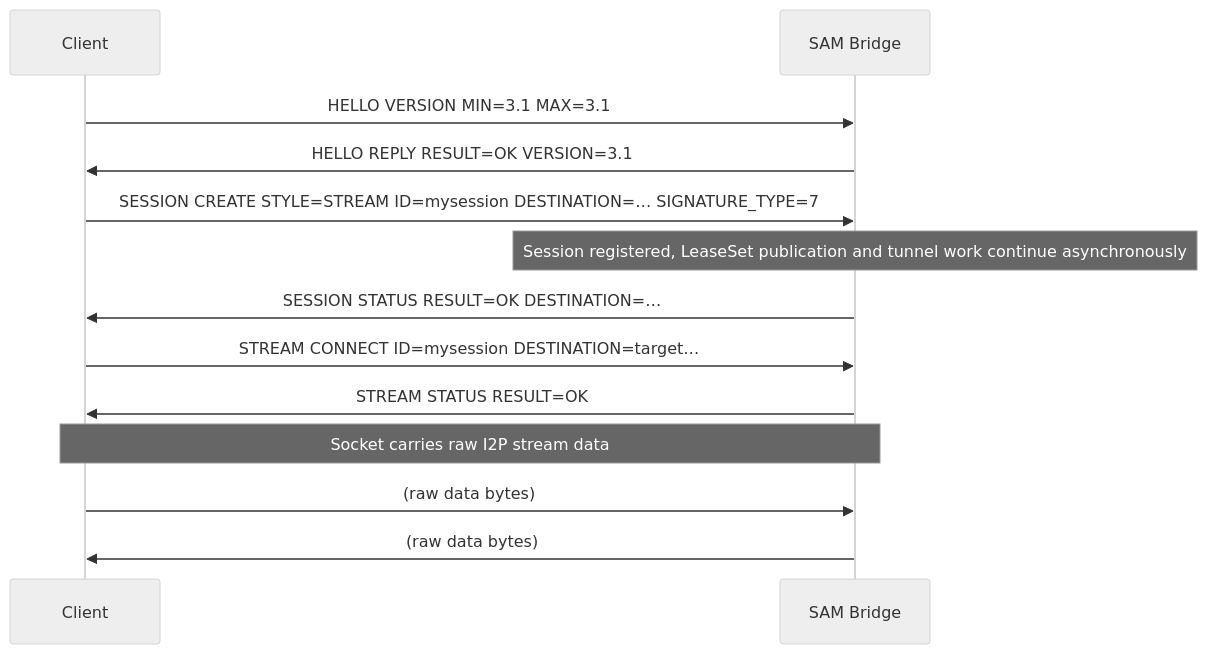
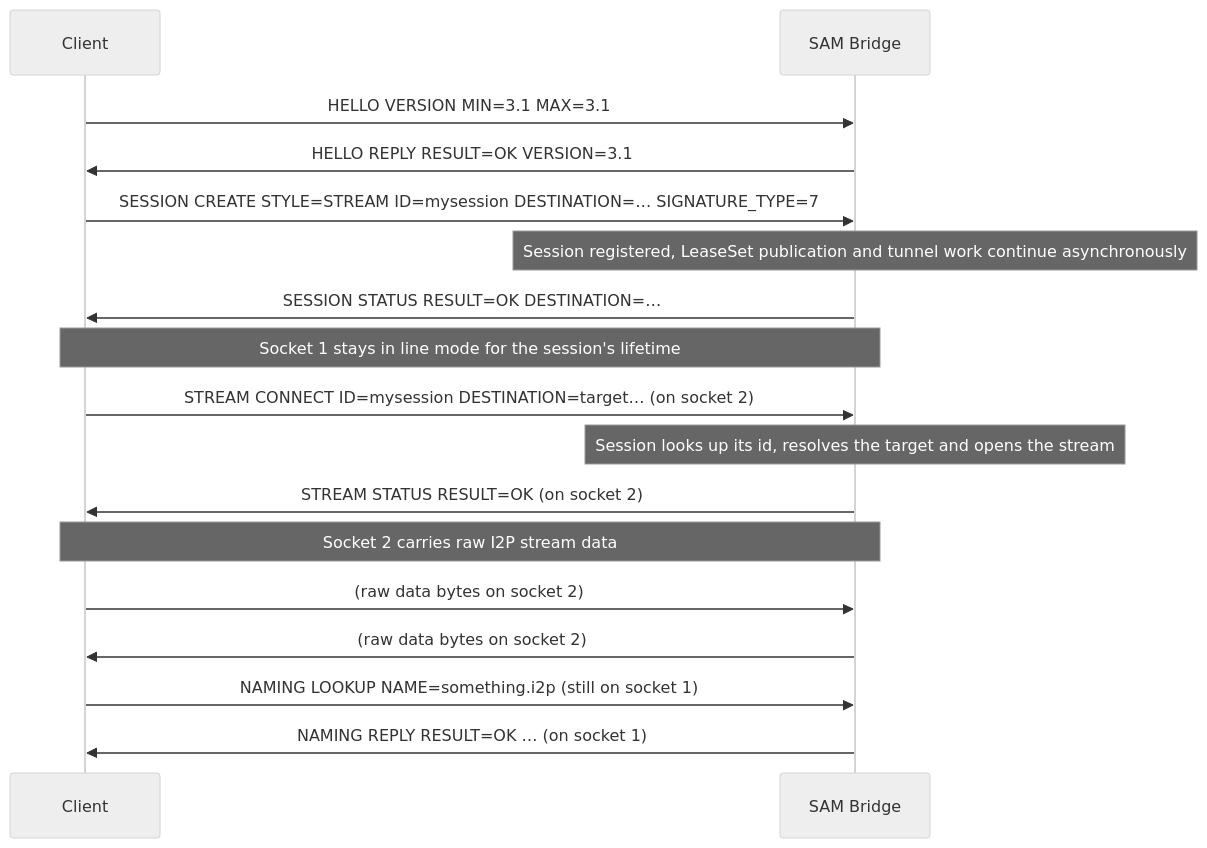
Before and after one commit to freke/i2per: diagram 21 of 42 in docs/protocol.md, drawn with Mermaid (neutral theme). The commit also changed other lines of this file and 4 other files, not shown here.

````diff
--- a/docs/protocol.md
+++ b/docs/protocol.md
@@ -1147,15 +1162,19 @@
 ```mermaid
 sequenceDiagram
     participant C as Client
     participant S as SAM Bridge
     C->>S: HELLO VERSION MIN=3.1 MAX=3.1
     S->>C: HELLO REPLY RESULT=OK VERSION=3.1
     C->>S: SESSION CREATE STYLE=STREAM ID=mysession DESTINATION=… SIGNATURE_TYPE=7
     Note over S: Session registered, LeaseSet publication and tunnel work continue asynchronously
     S->>C: SESSION STATUS RESULT=OK DESTINATION=…
-    C->>S: STREAM CONNECT ID=mysession DESTINATION=target…
-    S->>C: STREAM STATUS RESULT=OK
-    Note over C,S: Socket carries raw I2P stream data
-    C->>S: (raw data bytes)
-    S->>C: (raw data bytes)
+    Note over C,S: Socket 1 stays in line mode for the session's lifetime
+    C->>S: STREAM CONNECT ID=mysession DESTINATION=target… (on socket 2)
+    Note over S: Session looks up its id, resolves the target and opens the stream
+    S->>C: STREAM STATUS RESULT=OK (on socket 2)
+    Note over C,S: Socket 2 carries raw I2P stream data
+    C->>S: (raw data bytes on socket 2)
+    S->>C: (raw data bytes on socket 2)
+    C->>S: NAMING LOOKUP NAME=something.i2p (still on socket 1)
+    S->>C: NAMING REPLY RESULT=OK … (on socket 1)
 ```
````
